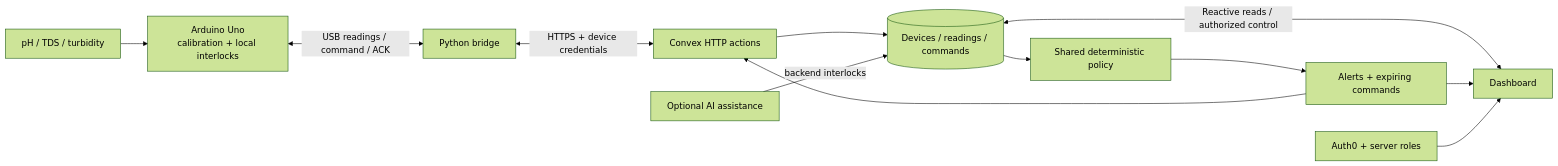
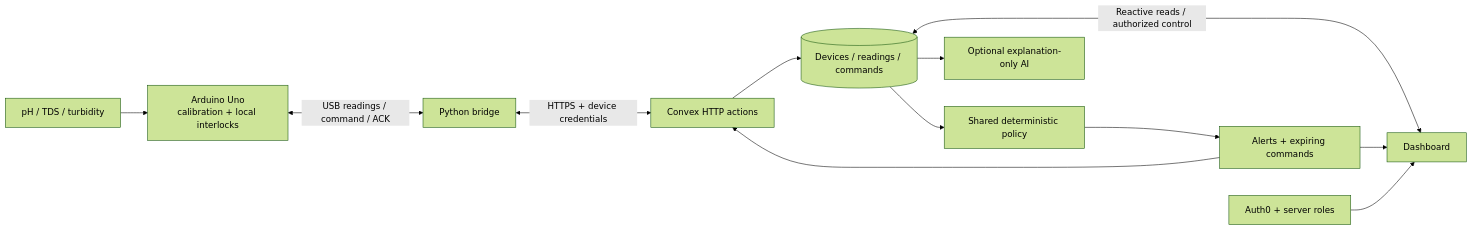
One commit to ethm09/DWMS-IoThon-2026 changed the diagram in docs/ARCHITECTURE.md. Above: the diagram before and after it, drawn with Mermaid (forest theme). The commit also changed other lines of this file and 69 other files, not shown here.

````diff
--- a/docs/ARCHITECTURE.md
+++ b/docs/ARCHITECTURE.md
@@ -5,14 +5,14 @@
 ```mermaid
 flowchart LR
     S[pH / TDS / turbidity] --> E[Arduino Uno\ncalibration + local interlocks]
     E <-->|USB readings / command / ACK| B[Python bridge]
     B <-->|HTTPS + device credentials| H[Convex HTTP actions]
     H --> D[(Devices / readings / commands)]
     D --> R[Shared deterministic policy]
     R --> A[Alerts + expiring commands]
     A --> H
     D <-->|Reactive reads / authorized control| U[Dashboard]
     A --> U
     I[Auth0 + server roles] --> U
-    AI[Optional AI assistance] -->|backend interlocks| D
+    D --> AI[Optional explanation-only AI]
 ```
````
